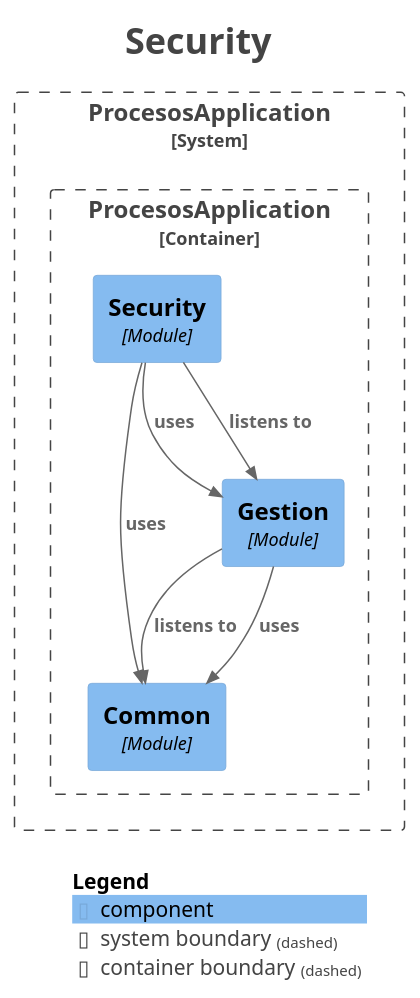
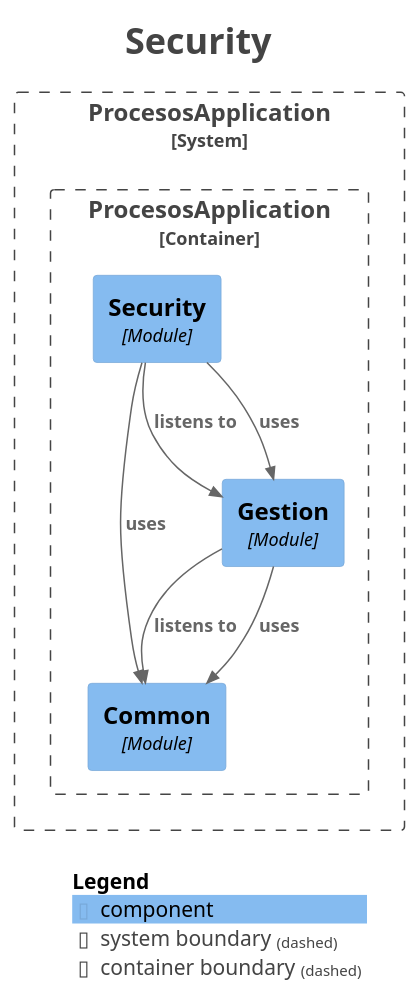
The diagram in docs/modules/module-security.puml (AndresContreras1/bpmn-process-manager-api), drawn with PlantUML before and after one commit. The commit also changed other lines of this file and 26 other files, not shown here.

```diff
--- a/docs/modules/module-security.puml
+++ b/docs/modules/module-security.puml
@@ -1,35 +1,35 @@
 @startuml
 title <size:24>Security</size>
 
 set separator none
 top to bottom direction
 
 <style>
   root {
     BackgroundColor: #ffffff
     FontColor: #444444
   }
 </style>
 
 !include <C4/C4>
 !include <C4/C4_Context>
 !include <C4/C4_Component>
 
 System_Boundary("ProcesosApplication_boundary", "ProcesosApplication", $tags="") {
   Container_Boundary("ProcesosApplication.ProcesosApplication_boundary", "ProcesosApplication", $tags="") {
     Component(ProcesosApplication.ProcesosApplication.Common, "Common", $techn="Module", $descr="", $tags="", $link="")
     Component(ProcesosApplication.ProcesosApplication.Gestion, "Gestion", $techn="Module", $descr="", $tags="", $link="")
     Component(ProcesosApplication.ProcesosApplication.Security, "Security", $techn="Module", $descr="", $tags="", $link="")
   }
 
 }
 
+Rel(ProcesosApplication.ProcesosApplication.Security, ProcesosApplication.ProcesosApplication.Gestion, "listens to", $techn="", $tags="", $link="")
 Rel(ProcesosApplication.ProcesosApplication.Security, ProcesosApplication.ProcesosApplication.Gestion, "uses", $techn="", $tags="", $link="")
 Rel(ProcesosApplication.ProcesosApplication.Security, ProcesosApplication.ProcesosApplication.Common, "uses", $techn="", $tags="", $link="")
 Rel(ProcesosApplication.ProcesosApplication.Gestion, ProcesosApplication.ProcesosApplication.Common, "listens to", $techn="", $tags="", $link="")
 Rel(ProcesosApplication.ProcesosApplication.Gestion, ProcesosApplication.ProcesosApplication.Common, "uses", $techn="", $tags="", $link="")
-Rel(ProcesosApplication.ProcesosApplication.Security, ProcesosApplication.ProcesosApplication.Gestion, "listens to", $techn="", $tags="", $link="")
 
 SHOW_LEGEND(true)
 hide stereotypes
 @enduml
```
